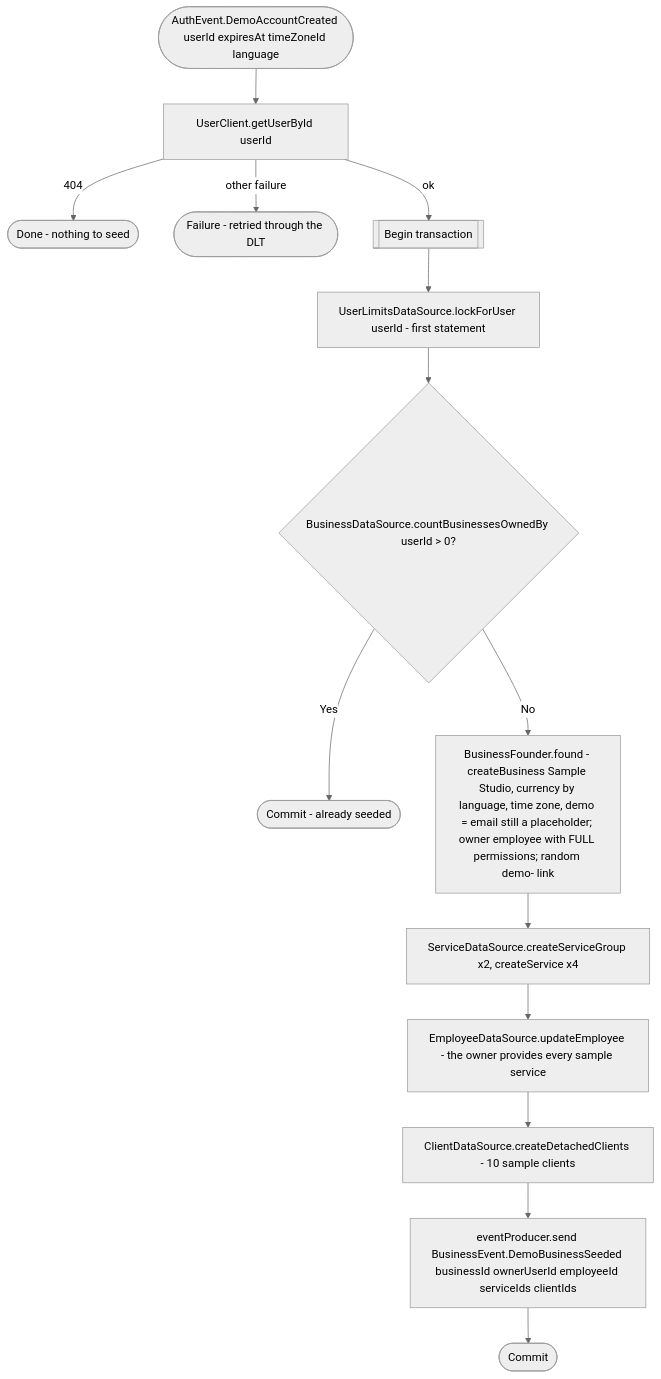
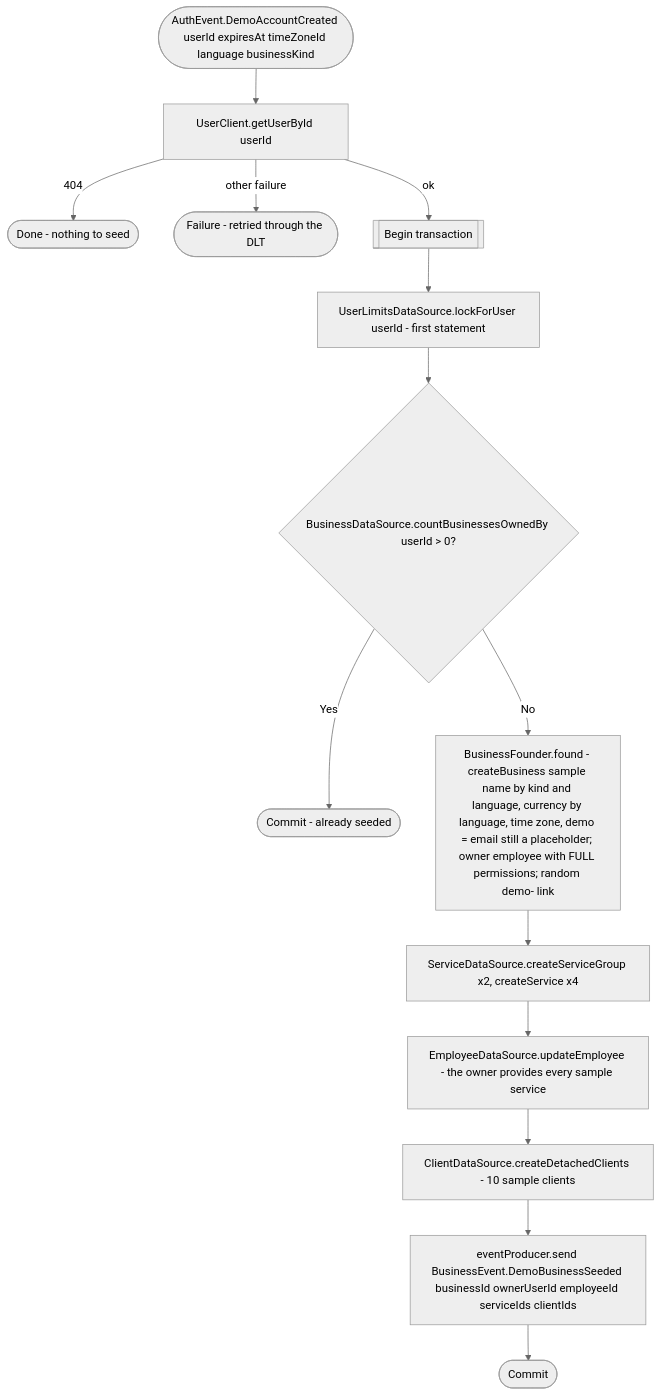
The diagram in docs/operations/business/on-demo-account-created.md (nocturneproperties/bookkme), drawn with Mermaid (neutral theme) before and after one commit. The commit also changed other lines of this file and 19 other files, not shown here.

````diff
--- a/docs/operations/business/on-demo-account-created.md
+++ b/docs/operations/business/on-demo-account-created.md
@@ -27,16 +29,16 @@
 ```mermaid
 flowchart TD
-    Start([AuthEvent.DemoAccountCreated userId expiresAt timeZoneId language]) --> Owner[UserClient.getUserById userId]
+    Start([AuthEvent.DemoAccountCreated userId expiresAt timeZoneId language businessKind]) --> Owner[UserClient.getUserById userId]
     Owner -- 404 --> Skip([Done - nothing to seed])
     Owner -- other failure --> Retry([Failure - retried through the DLT])
     Owner -- ok --> Tx[[Begin transaction]]
     Tx --> Lock[UserLimitsDataSource.lockForUser userId - first statement]
     Lock --> Owns{BusinessDataSource.countBusinessesOwnedBy userId > 0?}
     Owns -- Yes --> Done([Commit - already seeded])
-    Owns -- No --> Found[BusinessFounder.found - createBusiness Sample Studio, currency by language, time zone, demo = email still a placeholder; owner employee with FULL permissions; random demo- link]
+    Owns -- No --> Found[BusinessFounder.found - createBusiness sample name by kind and language, currency by language, time zone, demo = email still a placeholder; owner employee with FULL permissions; random demo- link]
     Found --> Services[ServiceDataSource.createServiceGroup x2, createService x4]
     Services --> Employee[EmployeeDataSource.updateEmployee - the owner provides every sample service]
     Employee --> Clients[ClientDataSource.createDetachedClients - 10 sample clients]
     Clients --> Event[eventProducer.send BusinessEvent.DemoBusinessSeeded businessId ownerUserId employeeId serviceIds clientIds]
     Event --> Commit([Commit])
 ```
````
